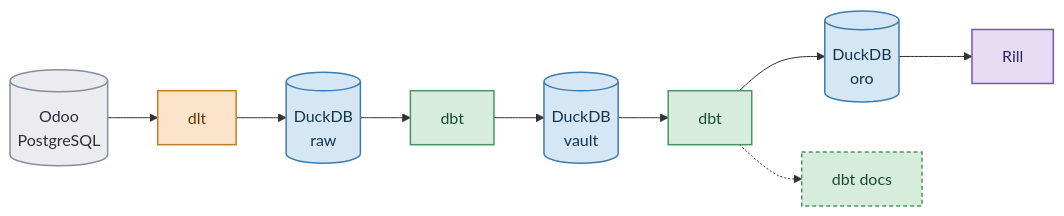
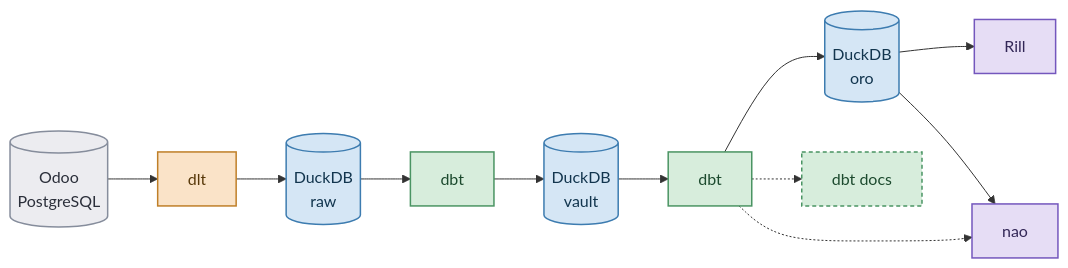
One commit to IraitzM/ingenieria-datos changed the first of 2 diagrams in content/appendices/datalake.qmd. Above: the diagram before and after it, drawn with Mermaid. The commit also changed other lines of this file and 52 other files, not shown here.

````diff
--- a/content/appendices/datalake.qmd
+++ b/content/appendices/datalake.qmd
@@ -17,24 +17,26 @@
 ```{mermaid}
 flowchart LR
     o[("Odoo<br/>PostgreSQL")] --> d["dlt"]
     d --> b[("DuckDB<br/>raw")]
     b --> t["dbt"]
     t --> v[("DuckDB<br/>vault")]
     v --> t2["dbt"]
     t2 --> g[("DuckDB<br/>oro")]
     g --> r["Rill"]
+    g --> n["nao"]
     t2 -.-> doc["dbt docs"]
+    t2 -.-> n
 
     classDef origen fill:#ececf0,stroke:#868d9c,stroke-width:1.5px,color:#2b2f3a
     classDef carga fill:#fae3c8,stroke:#bf7f28,stroke-width:1.5px,color:#573809
     classDef almacen fill:#d5e6f5,stroke:#3d7cb0,stroke-width:1.5px,color:#12354e
     classDef transformacion fill:#d7eddc,stroke:#4a9463,stroke-width:1.5px,color:#1c4a2e
     classDef explotacion fill:#e6ddf5,stroke:#7457bd,stroke-width:1.5px,color:#332757
     classDef documentacion fill:#d7eddc,stroke:#4a9463,stroke-width:1.5px,color:#1c4a2e,stroke-dasharray:4 3
     class o origen
     class d carga
     class b,v,g almacen
     class t,t2 transformacion
-    class r explotacion
+    class r,n explotacion
     class doc documentacion
 ```
````
